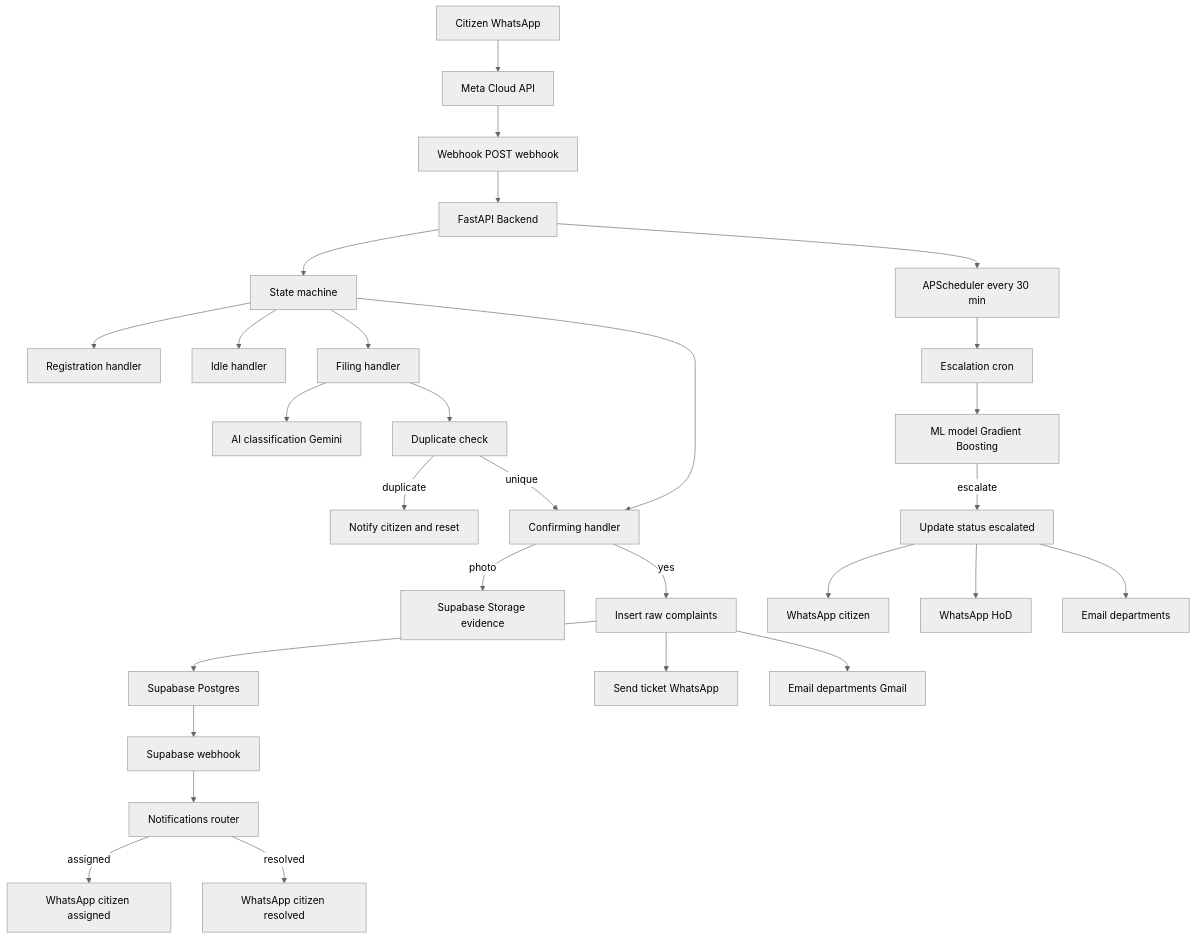
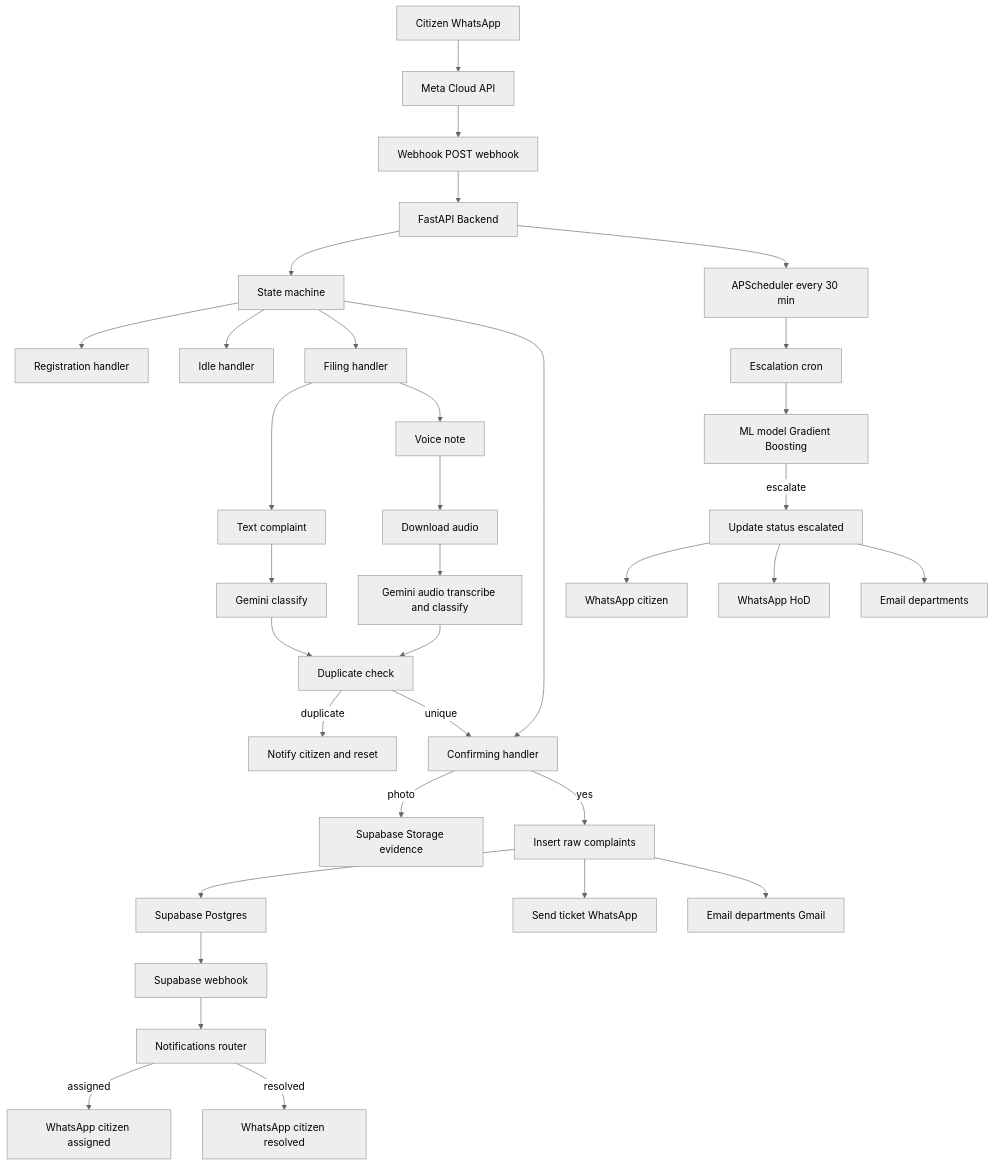
Before and after one commit to shandilyarindam/delhi-ps-crm: the diagram in ARCHITECTURE.md, drawn with Mermaid (neutral theme). The commit also changed other lines of this file and 7 other files, not shown here.

Commit message:
feat: voice note filing, quotation sheet, architecture docs update, final consistency fixes

````diff
--- a/ARCHITECTURE.md
+++ b/ARCHITECTURE.md
@@ -7,37 +7,42 @@
 ```mermaid
 flowchart TD
   Citizen[Citizen WhatsApp] --> Meta[Meta Cloud API]
   Meta --> Webhook[Webhook POST webhook]
   Webhook --> Backend[FastAPI Backend]
   Backend --> StateMachine[State machine]
 
   StateMachine --> Registration[Registration handler]
   StateMachine --> Idle[Idle handler]
   StateMachine --> Filing[Filing handler]
   StateMachine --> Confirming[Confirming handler]
 
-  Filing --> AI[AI classification Gemini]
-  Filing --> Duplicate[Duplicate check]
+  Filing --> TextIn[Text complaint]
+  Filing --> AudioIn[Voice note]
+  AudioIn --> AudioDl[Download audio]
+  AudioDl --> AudioAI[Gemini audio transcribe and classify]
+  TextIn --> TextAI[Gemini classify]
+  TextAI --> Duplicate[Duplicate check]
+  AudioAI --> Duplicate
   Duplicate -->|duplicate| DupNotify[Notify citizen and reset]
   Duplicate -->|unique| Confirming
 
   Confirming -->|photo| Storage[Supabase Storage evidence]
   Confirming -->|yes| Insert[Insert raw complaints]
 
   Insert --> Postgres[Supabase Postgres]
   Insert --> Ticket[Send ticket WhatsApp]
   Insert --> EmailDept[Email departments Gmail]
 
   Backend --> Scheduler[APScheduler every 30 min]
   Scheduler --> EscCron[Escalation cron]
   EscCron --> Model[ML model Gradient Boosting]
   Model -->|escalate| Escalate[Update status escalated]
   Escalate --> EscCitizen[WhatsApp citizen]
   Escalate --> EscHod[WhatsApp HoD]
   Escalate --> EscEmail[Email departments]
 
   Postgres --> SupWebhook[Supabase webhook]
   SupWebhook --> NotifRouter[Notifications router]
   NotifRouter -->|assigned| AssignedMsg[WhatsApp citizen assigned]
   NotifRouter -->|resolved| ResolvedMsg[WhatsApp citizen resolved]
 ```
````
